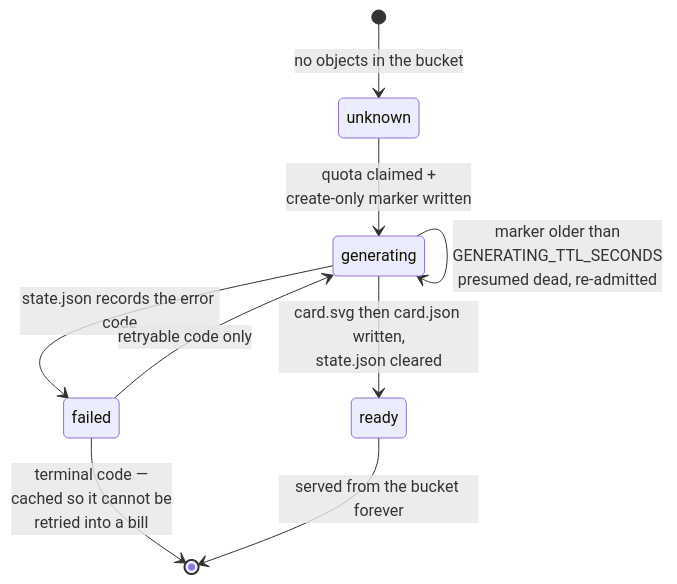
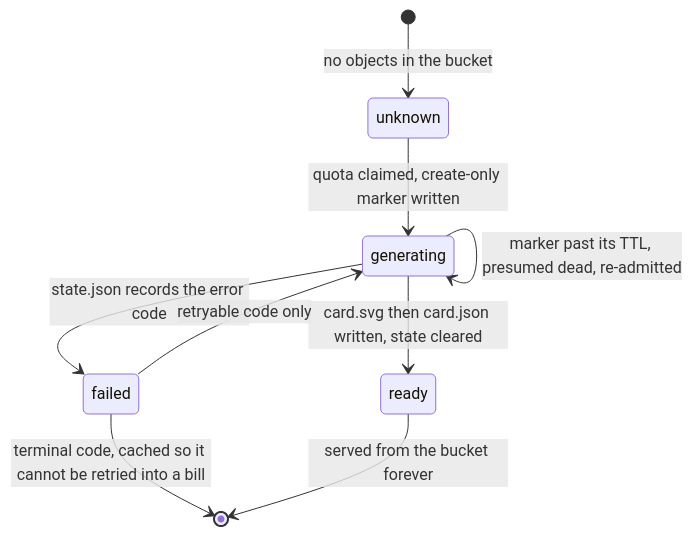
Before and after one commit to anchildress1/commit-chronicles: the first of 2 diagrams in docs/initial-design-spec.md, drawn with Mermaid. The commit also changed other lines of this file and 2 other files, not shown here.

First line of the commit message:
fix(docs): strip HTML from Mermaid labels so GitHub renders them

````diff
--- a/docs/initial-design-spec.md
+++ b/docs/initial-design-spec.md
@@ -72,14 +72,14 @@
 ```mermaid
 stateDiagram-v2
     accTitle: Job state
     accDescr: A repo starts unknown. Claiming a quota slot and a generating marker moves it to generating. Success writes the card and makes it ready. Failure writes a failed marker, which is terminal for bad-repo errors and retryable for pipeline and Cortex errors. A generating marker older than its TTL is presumed dead and re-admitted.
 
     [*] --> unknown: no objects in the bucket
-    unknown --> generating: quota claimed +<br/>create-only marker written
-    generating --> ready: card.svg then card.json written,<br/>state.json cleared
+    unknown --> generating: quota claimed, create-only marker written
+    generating --> ready: card.svg then card.json written, state cleared
     generating --> failed: state.json records the error code
-    generating --> generating: marker older than<br/>GENERATING_TTL_SECONDS<br/>presumed dead, re-admitted
+    generating --> generating: marker past its TTL, presumed dead, re-admitted
     failed --> generating: retryable code only
-    failed --> [*]: terminal code —<br/>cached so it cannot be<br/>retried into a bill
+    failed --> [*]: terminal code, cached so it cannot be retried into a bill
     ready --> [*]: served from the bucket forever
 ```
````
